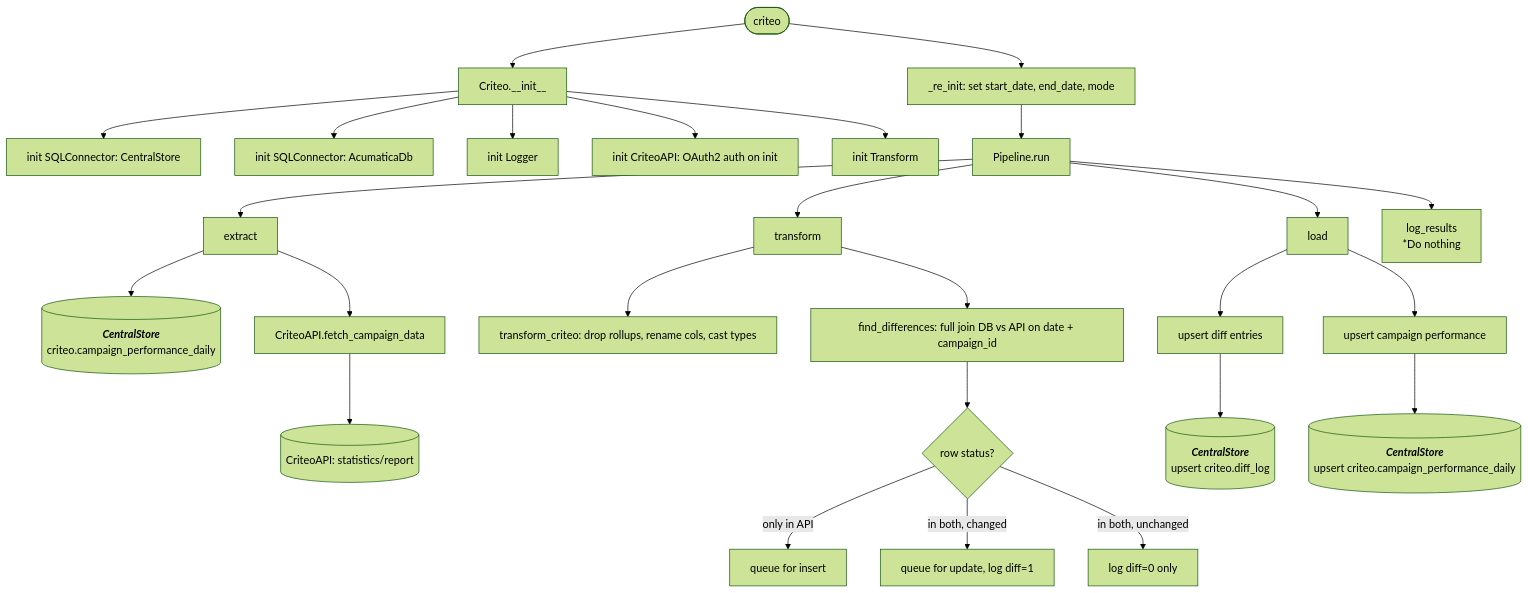
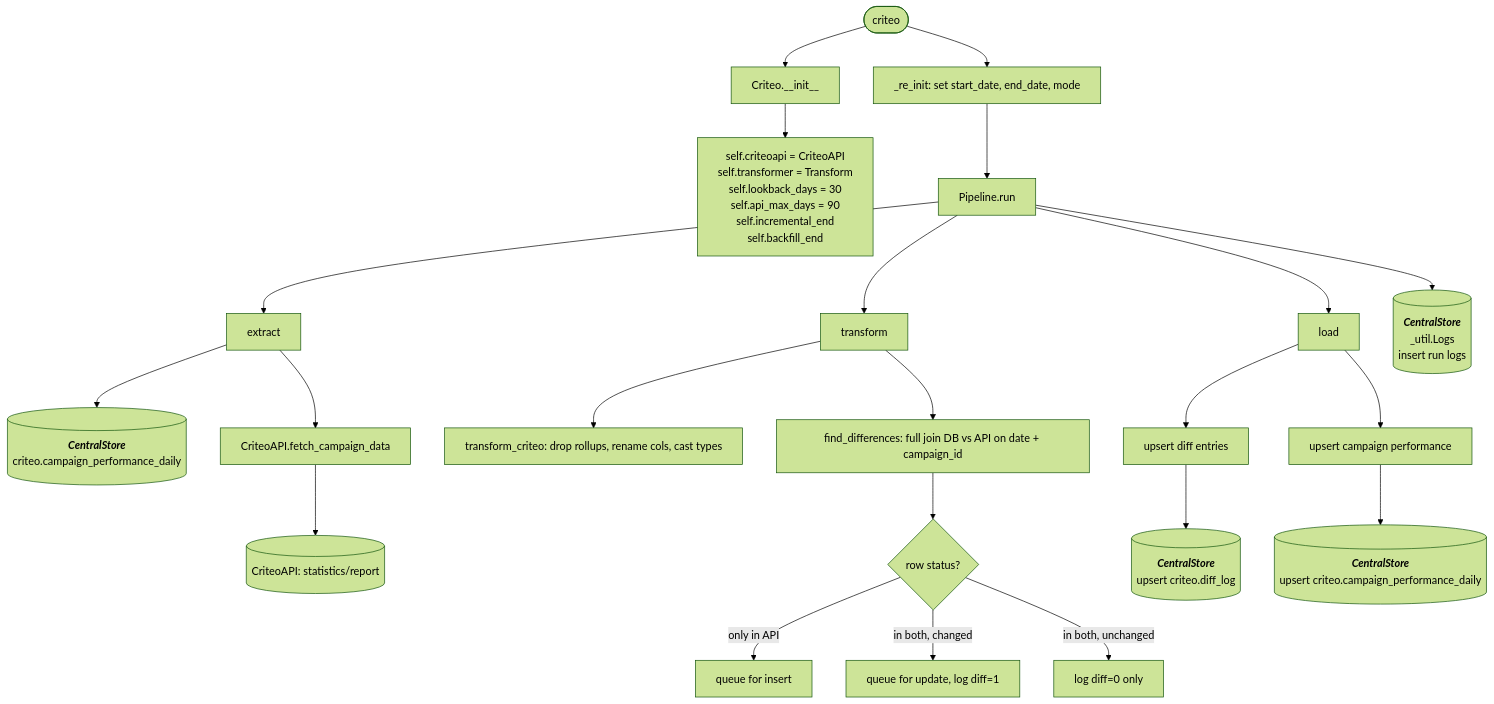
The diagram in docs/pipelines/criteo.md (journeyhl/integration-platform), drawn with Mermaid (forest theme) before and after one commit. The commit also changed 25 other files, not shown here.

````diff
--- a/docs/pipelines/criteo.md
+++ b/docs/pipelines/criteo.md
@@ -1,42 +1,48 @@
 ```mermaid
 %%{init: {"flowchart": {"wrappingWidth": 400}}}%%
 flowchart TD
     A([criteo]) --> B[Criteo.__init__]
-    B --> B1[init SQLConnector: CentralStore]
-    B --> B2[init SQLConnector: AcumaticaDb]
-    B --> B3[init Logger]
-    B --> B4[init CriteoAPI: OAuth2 auth on init]
-    B --> B5[init Transform]
+    B --> B1[
+        self.criteoapi = CriteoAPI
+        self.transformer = Transform
+        self.lookback_days = 30
+        self.api_max_days = 90
+        self.incremental_end
+        self.backfill_end
+    ]
     A --> RI[_re_init: set start_date, end_date, mode]
     RI --> RUN[Pipeline.run]
 
     RUN --> EX[extract]
     EX --> D1[(
         <b><i>CentralStore</i></b>
         criteo.campaign_performance_daily
     )]
     EX --> API[CriteoAPI.fetch_campaign_data]
     API --> D2[(CriteoAPI: statistics/report)]
 
     RUN --> TR[transform]
     TR --> T1[transform_criteo: drop rollups, rename cols, cast types]
     TR --> T2[find_differences: full join DB vs API on date + campaign_id]
     T2 --> T3{row status?}
     T3 -->|only in API| T4[queue for insert]
     T3 -->|in both, changed| T5[queue for update, log diff=1]
     T3 -->|in both, unchanged| T6[log diff=0 only]
 
     RUN --> LD[load]
     LD --> LS1[upsert diff entries]
     LS1 --> CS1[(
         <b><i>CentralStore</i></b>
         upsert criteo.diff_log
     )]
     LD --> LS2[upsert campaign performance]
     LS2 --> CS2[(
         <b><i>CentralStore</i></b>
         upsert criteo.campaign_performance_daily
     )]
 
-    RUN --> LR[log_results<br/>*Do nothing]
+    RUN --> LOGS[(
+        <b><i>CentralStore</i></b>
+        _util.Logs<br/>insert run logs
+    )]
 ```
````
